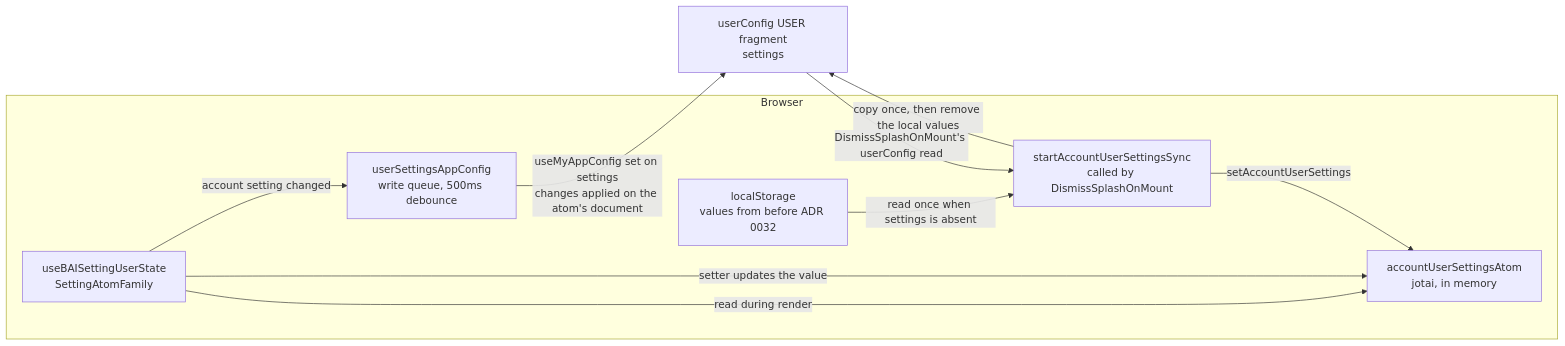
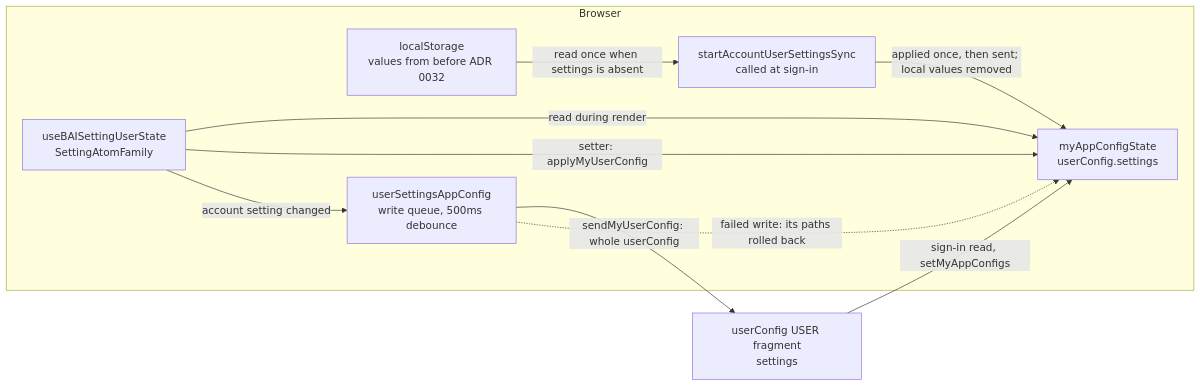
The diagram in docs/adr/0032-personal-settings-in-the-user-app-config.md (lablup/backend.ai-webui), drawn with Mermaid before and after one commit. The commit also changed other lines of this file and 9 other files, not shown here.

First line of the commit message:
refactor(#10435): read the account settings straight from myAppConfigState

````diff
--- a/docs/adr/0032-personal-settings-in-the-user-app-config.md
+++ b/docs/adr/0032-personal-settings-in-the-user-app-config.md
@@ -24,19 +24,19 @@
 ```mermaid
 flowchart LR
   subgraph browser["Browser"]
     hook["useBAISettingUserState<br/>SettingAtomFamily"]
-    memory["accountUserSettingsAtom<br/>jotai, in memory"]
+    atom["myAppConfigState<br/>userConfig.settings"]
     legacy["localStorage<br/>values from before ADR 0032"]
     queue["userSettingsAppConfig<br/>write queue, 500ms debounce"]
-    sync["startAccountUserSettingsSync<br/>called by DismissSplashOnMount"]
+    sync["startAccountUserSettingsSync<br/>called at sign-in"]
   end
   user["userConfig USER fragment<br/>settings"]
-  hook -- "read during render" --> memory
-  hook -- "setter updates the value" --> memory
+  user -- "sign-in read, setMyAppConfigs" --> atom
+  hook -- "read during render" --> atom
+  hook -- "setter: applyMyUserConfig" --> atom
   hook -- "account setting changed" --> queue
-  queue -- "useMyAppConfig set on settings<br/>changes applied on the atom's document" --> user
-  user -- "DismissSplashOnMount's userConfig read" --> sync
-  sync -- "setAccountUserSettings" --> memory
+  queue -- "sendMyUserConfig: whole userConfig" --> user
+  queue -. "failed write: its paths rolled back" .-> atom
   legacy -- "read once when settings is absent" --> sync
-  sync -- "copy once, then remove the local values" --> user
+  sync -- "applied once, then sent; local values removed" --> atom
 ```
````
